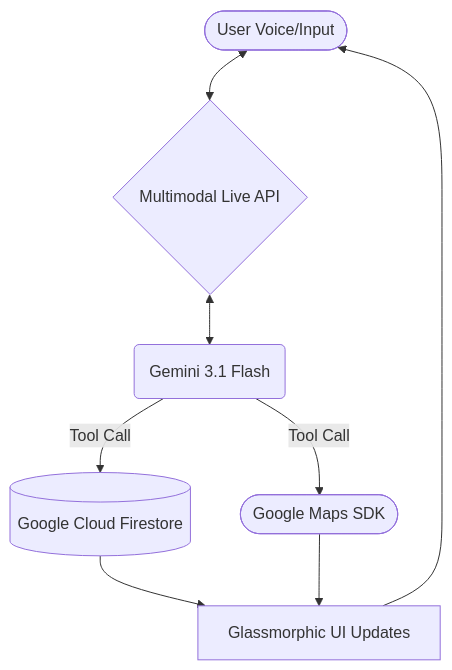
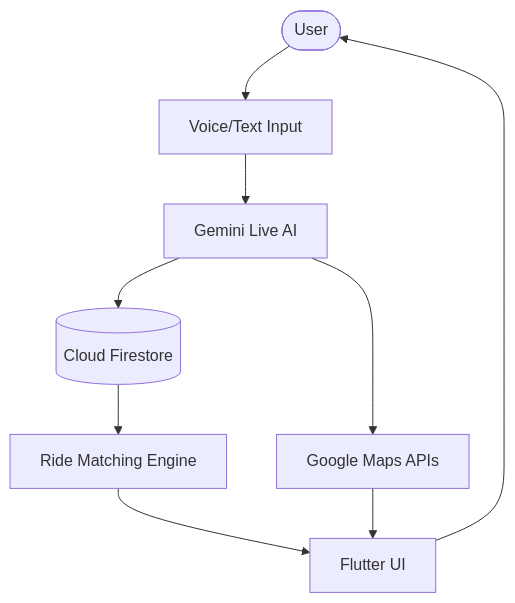
The diagram in README.md (faisal-ismail/CoridesLive), drawn with Mermaid before and after one commit. The commit also changed other lines of this file, not shown here.

````diff
--- a/README.md
+++ b/README.md
@@ -240,10 +215,11 @@
 ```mermaid
 graph TD
-    User([User Voice/Input]) <--> WebSocket{Multimodal Live API}
-    WebSocket <--> Brain(Gemini 3.1 Flash)
-    Brain -- Tool Call --> Firestore[(Google Cloud Firestore)]
-    Brain -- Tool Call --> MapAPI([Google Maps SDK])
-    Firestore --> UI[Glassmorphic UI Updates]
-    MapAPI --> UI
+    User([User]) --> VoiceInput[Voice/Text Input]
+    VoiceInput --> Gemini[Gemini Live AI]
+    Gemini --> Firestore[(Cloud Firestore)]
+    Gemini --> Maps[Google Maps APIs]
+    Firestore --> Matching[Ride Matching Engine]
+    Matching --> UI[Flutter UI]
+    Maps --> UI
     UI --> User
 ```
````
